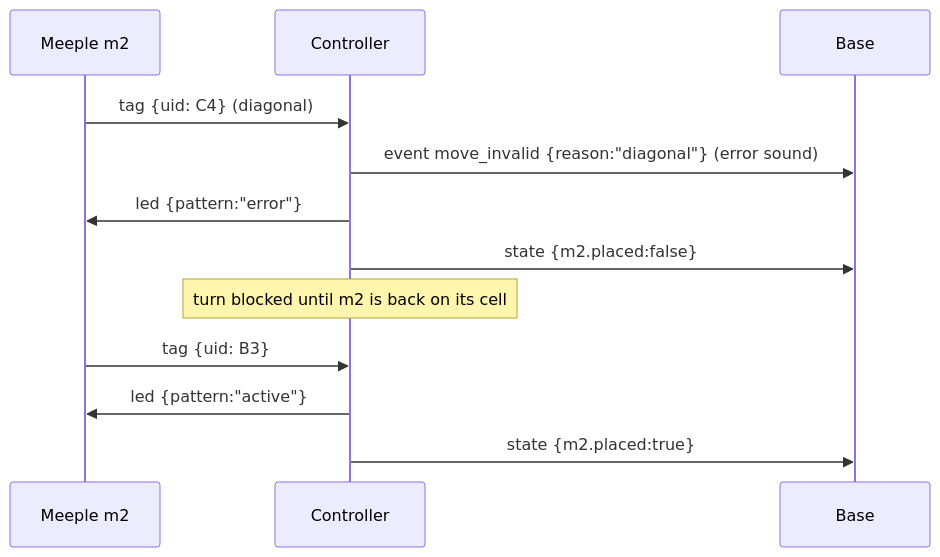
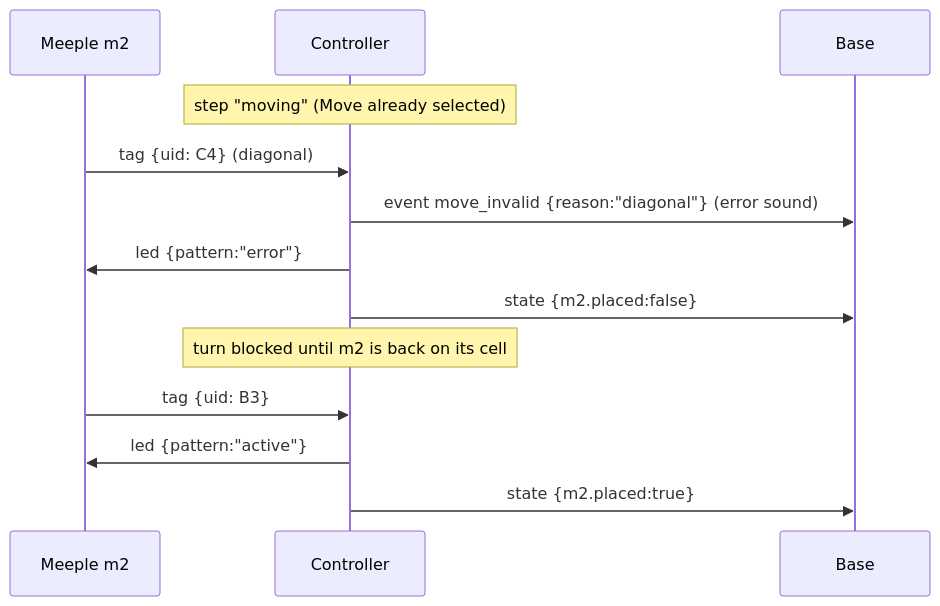
The third of 3 diagrams in docs/protocol.md (Elcris1/last-meeple-standing), drawn with Mermaid before and after one commit. The commit also changed other lines of this file, not shown here.

````diff
--- a/docs/protocol.md
+++ b/docs/protocol.md
@@ -276,14 +367,15 @@
 ```mermaid
 sequenceDiagram
     participant M as Meeple m2
     participant C as Controller
     participant S as Base
+    Note over C: step "moving" (Move already selected)
     M->>C: tag {uid: C4} (diagonal)
     C->>S: event move_invalid {reason:"diagonal"} (error sound)
     C->>M: led {pattern:"error"}
     C->>S: state {m2.placed:false}
     Note over C: turn blocked until m2 is back on its cell
     M->>C: tag {uid: B3}
     C->>M: led {pattern:"active"}
     C->>S: state {m2.placed:true}
 ```
````
